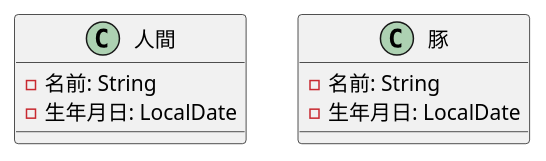
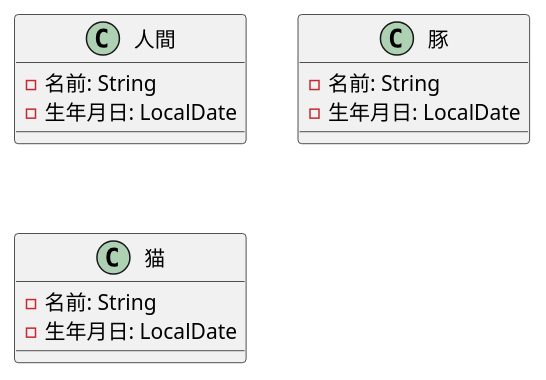
One commit to YamadaKyohei/plantuml-actions-test changed the diagram in test.puml. Above: the diagram before and after it, drawn with PlantUML.

```diff
--- a/test.puml
+++ b/test.puml
@@ -1,13 +1,18 @@
 @startuml
 
 class 人間 {
 	- 名前: String
 	- 生年月日: LocalDate
 }
 
 class 豚 {
 	- 名前: String
 	- 生年月日: LocalDate
 }
 
+class 猫 {
+	- 名前: String
+	- 生年月日: LocalDate
+}
+
 @enduml
```
